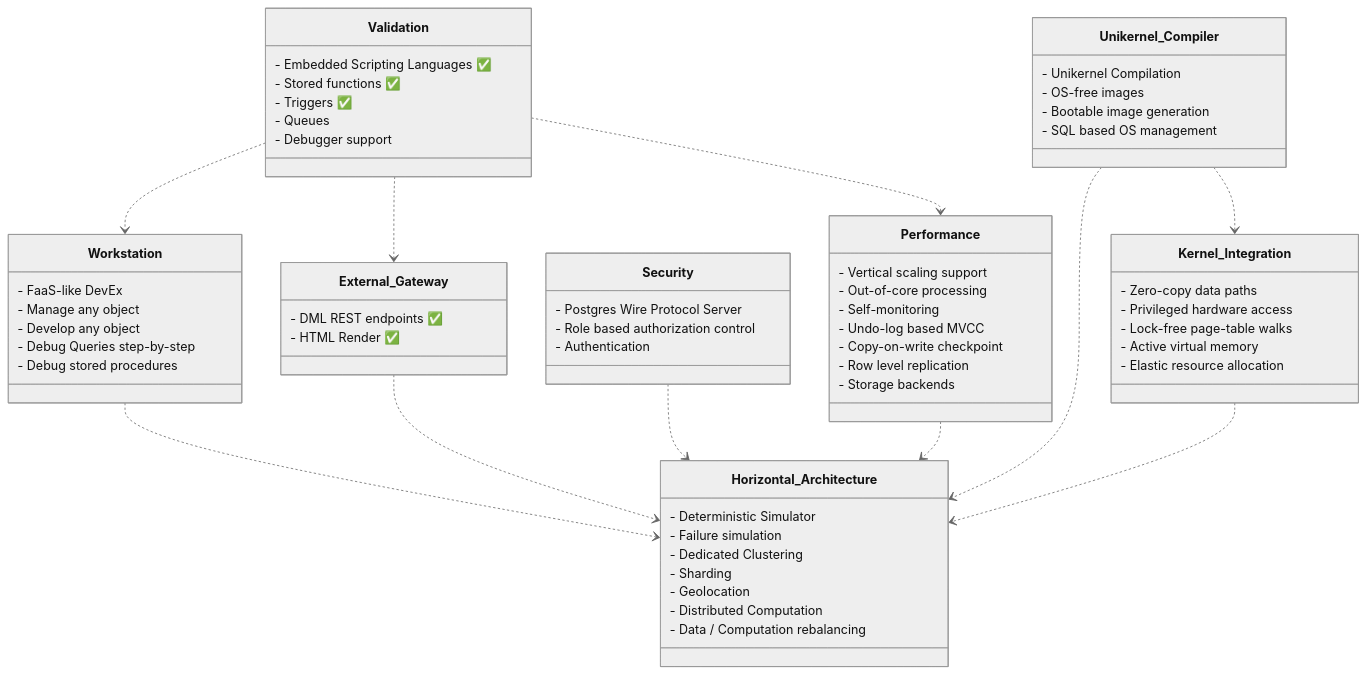
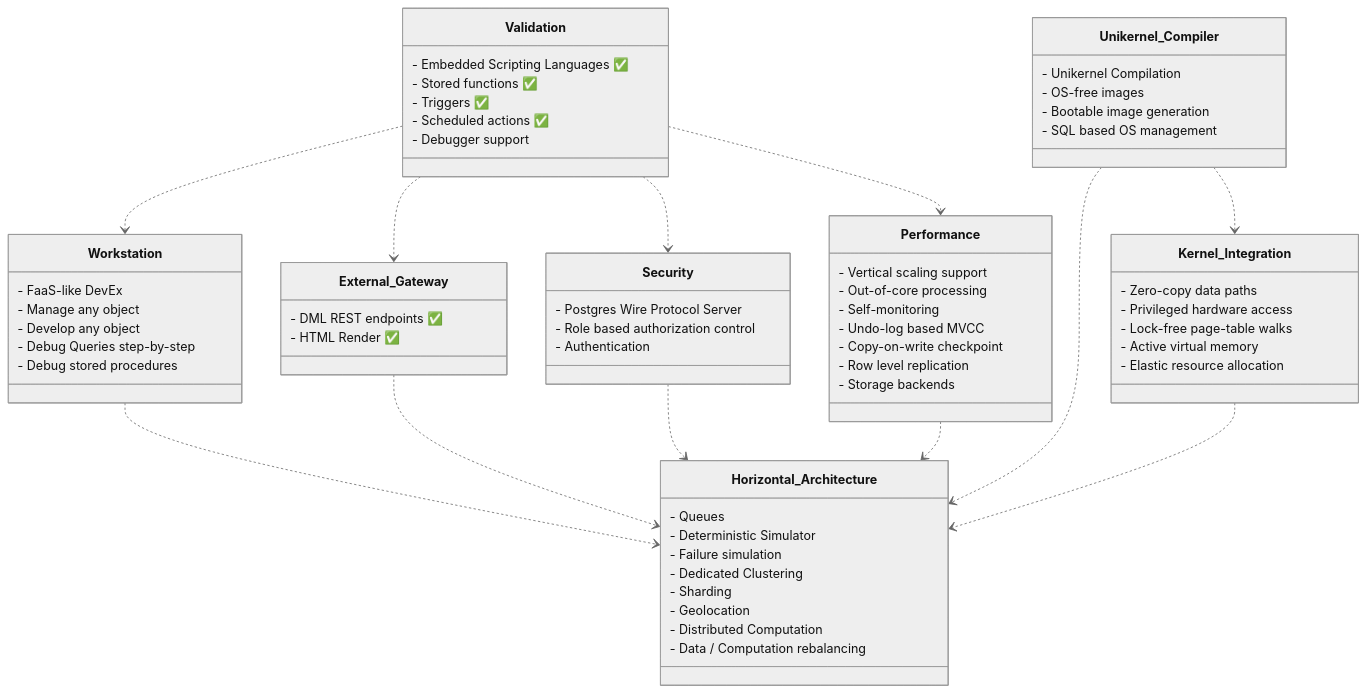
The diagram in docs/_docs/roadmap.md (oxibase/oxibase), drawn with Mermaid (neutral theme) before and after one commit. The commit also changed other lines of this file and 7 other files, not shown here.

````diff
--- a/docs/_docs/roadmap.md
+++ b/docs/_docs/roadmap.md
@@ -16,79 +16,81 @@
 ```mermaid
 classDiagram
     %% --- RELATIONSHIPS ---
     %% Use the short class names here, not "Layer.Class"
     Validation ..> External_Gateway
     Validation ..> Workstation
     Validation ..> Performance
+    Validation ..> Security
 
     Workstation ..> Horizontal_Architecture
     External_Gateway ..> Horizontal_Architecture
     Security ..> Horizontal_Architecture
     Performance ..> Horizontal_Architecture
     Unikernel_Compiler ..> Horizontal_Architecture
 
     %% --- LAYERS & CLASS DEFINITIONS ---
 
     class Validation {
         - Embedded Scripting Languages ✅
         - Stored functions  ✅
         - Triggers  ✅
-        - Queues
+        - Scheduled actions  ✅
         - Debugger support
     }
     class External_Gateway {
         - DML REST endpoints  ✅
         - HTML Render  ✅
     }
     class Security {
         - Postgres Wire Protocol Server
         - Role based authorization control
         - Authentication
     }
     class Workstation {
         - FaaS-like DevEx
           - Manage any object
           - Develop any object
         - Debug Queries step-by-step
         - Debug stored procedures
     }
 
     class Performance {
         - Vertical scaling support
         - Out-of-core processing
         - Self-monitoring
         - Undo-log based MVCC
         - Copy-on-write checkpoint
         - Row level replication
         - Storage backends
     }
 
     class Horizontal_Architecture {
+        - Queues
         - Deterministic Simulator
         - Failure simulation
         - Dedicated Clustering
         - Sharding
         - Geolocation
         - Distributed Computation
         - Data / Computation rebalancing
     }
 
     class Unikernel_Compiler {
         - Unikernel Compilation
         - OS-free images
         - Bootable image generation
         - SQL based OS management
     }
 
     class Kernel_Integration {
         - Zero-copy data paths
         - Privileged hardware access
         - Lock-free page-table walks
         - Active virtual memory
         - Elastic resource allocation
     }
 
     Unikernel_Compiler ..> Kernel_Integration
     Kernel_Integration ..> Horizontal_Architecture
 
 ```
````
